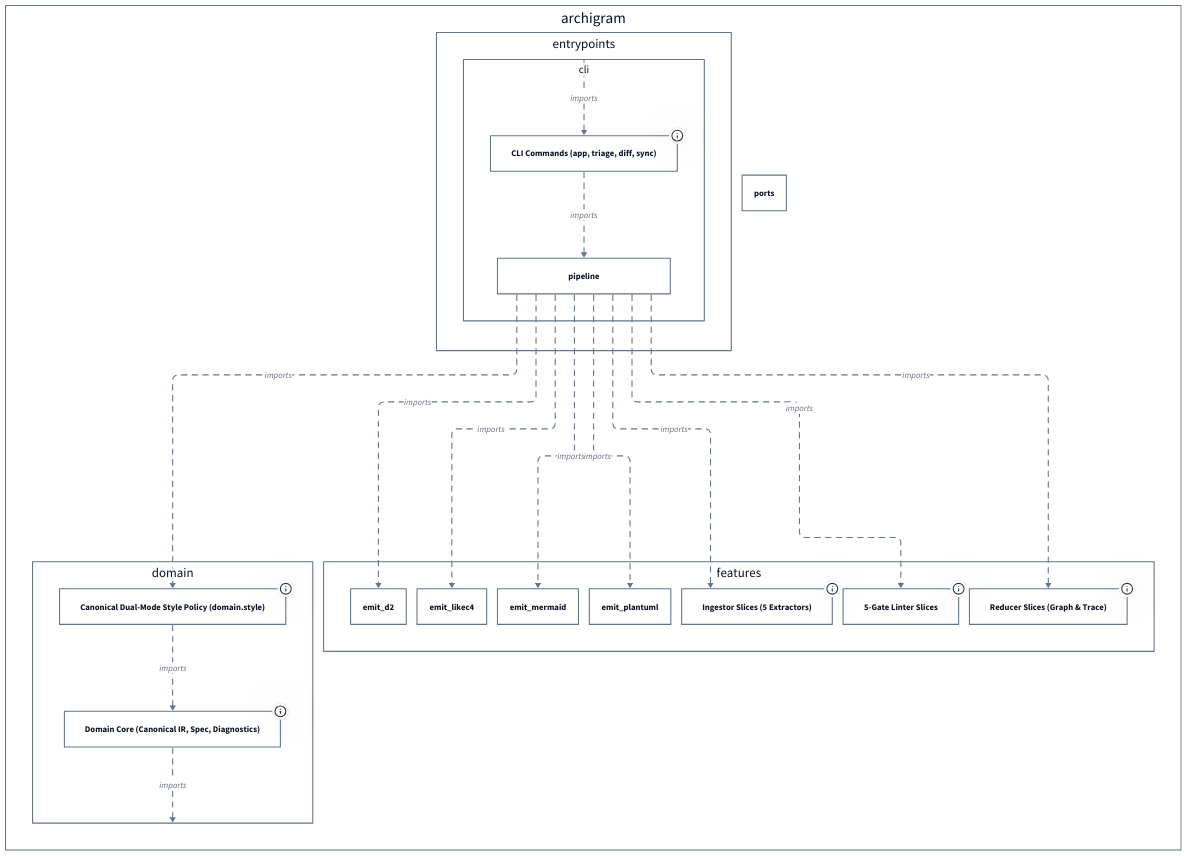
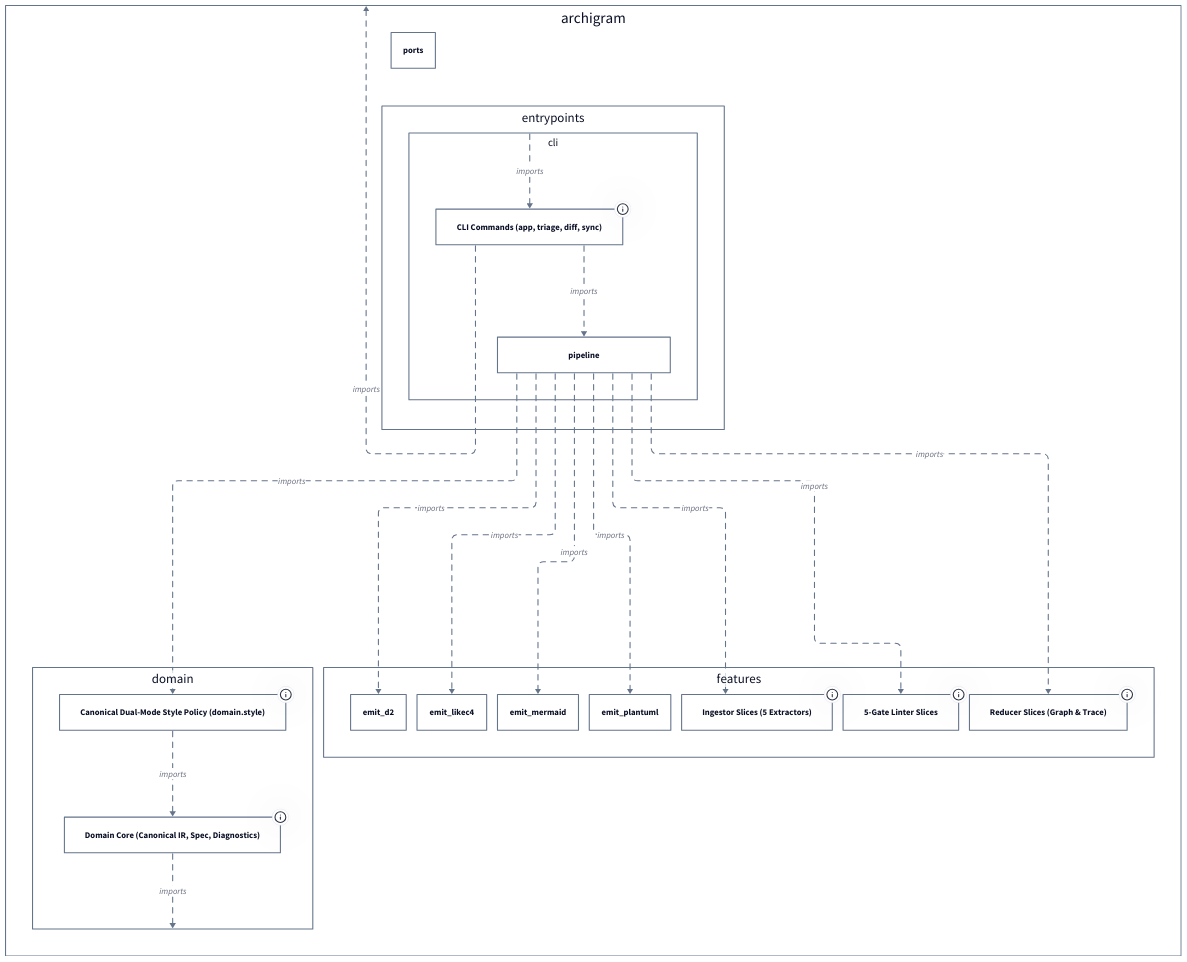
The diagram in docs/architecture/diagrams/showcase_cli_triage.3_curated.d2 (klcd/archigram), drawn with D2 before and after one commit. The commit also changed 39 other files, not shown here.

```diff
--- a/docs/architecture/diagrams/showcase_cli_triage.3_curated.d2
+++ b/docs/architecture/diagrams/showcase_cli_triage.3_curated.d2
@@ -1,132 +1,136 @@
 vars: {
   d2-config: {
     layout-engine: elk
     theme-id: 0
     dark-theme-id: 200
   }
 }
 style.fill: transparent
 
 archigram: "archigram" {
   style.fill: transparent
   style.stroke: "#64748b"
   "archigram.domain": "domain" {
     style.fill: transparent
     style.stroke: "#64748b"
     domain_core: "Domain Core (Canonical IR, Spec, Diagnostics)" {
       style.fill: transparent
       style.stroke: "#64748b"
       tooltip: "Derived via fold_domain_core (3 backing nodes: archigram.domain.diagnostics, archigram.domain.ir, archigram.domain.spec)"
     }
     domain_style: "Canonical Dual-Mode Style Policy (domain.style)" {
       style.fill: transparent
       style.stroke: "#64748b"
       tooltip: "Derived via fold_domain_style (1 backing node: archigram.domain.style)"
     }
   }
   "archigram.entrypoints": "entrypoints" {
     style.fill: transparent
     style.stroke: "#64748b"
     "archigram.entrypoints.cli": "cli" {
       style.fill: transparent
       style.stroke: "#64748b"
       "archigram.entrypoints.cli.pipeline": "pipeline" {
         style.fill: transparent
         style.stroke: "#64748b"
       }
       cli_commands: "CLI Commands (app, triage, diff, sync)" {
         style.fill: transparent
         style.stroke: "#64748b"
         tooltip: "Derived via fold_cli_callers (5 backing nodes: archigram.entrypoints.cli.app, archigram.entrypoints.cli.diff_report, archigram.entrypoints.cli.markdown_sync, archigram.entrypoints.cli.self_trace, archigram.entrypoints.cli.triage)"
       }
     }
   }
   "archigram.features": "features" {
     style.fill: transparent
     style.stroke: "#64748b"
     "archigram.features.emit_d2": "emit_d2" {
       style.fill: transparent
       style.stroke: "#64748b"
     }
     "archigram.features.emit_likec4": "emit_likec4" {
       style.fill: transparent
       style.stroke: "#64748b"
     }
     "archigram.features.emit_mermaid": "emit_mermaid" {
       style.fill: transparent
       style.stroke: "#64748b"
     }
     "archigram.features.emit_plantuml": "emit_plantuml" {
       style.fill: transparent
       style.stroke: "#64748b"
     }
     ingestor_slices: "Ingestor Slices (5 Extractors)" {
       style.fill: transparent
       style.stroke: "#64748b"
       tooltip: "Derived via fold_ingestors (5 backing nodes: archigram.features.ingest_class, archigram.features.ingest_dot, archigram.features.ingest_otel, archigram.features.ingest_python, archigram.features.ingest_scip)"
     }
     linter_slices: "5-Gate Linter Slices" {
       style.fill: transparent
       style.stroke: "#64748b"
       tooltip: "Derived via fold_linters (4 backing nodes: archigram.features.lint_budget, archigram.features.lint_grounding, archigram.features.lint_syntax, archigram.features.lint_topology)"
     }
     reducer_slices: "Reducer Slices (Graph & Trace)" {
       style.fill: transparent
       style.stroke: "#64748b"
       tooltip: "Derived via fold_reducers (2 backing nodes: archigram.features.reduce_structural, archigram.features.reduce_trace)"
     }
   }
   "archigram.ports": "ports" {
     style.fill: transparent
     style.stroke: "#64748b"
   }
 }
 
 archigram."archigram.entrypoints"."archigram.entrypoints.cli" -> archigram."archigram.entrypoints"."archigram.entrypoints.cli".cli_commands: "imports" {
   style.stroke: "#64748b"
   style.stroke-dash: 5
 }
 archigram."archigram.entrypoints"."archigram.entrypoints.cli"."archigram.entrypoints.cli.pipeline" -> archigram."archigram.features"."archigram.features.emit_d2": "imports" {
   style.stroke: "#64748b"
   style.stroke-dash: 5
 }
 archigram."archigram.entrypoints"."archigram.entrypoints.cli"."archigram.entrypoints.cli.pipeline" -> archigram."archigram.features"."archigram.features.emit_likec4": "imports" {
   style.stroke: "#64748b"
   style.stroke-dash: 5
 }
 archigram."archigram.entrypoints"."archigram.entrypoints.cli"."archigram.entrypoints.cli.pipeline" -> archigram."archigram.features"."archigram.features.emit_mermaid": "imports" {
   style.stroke: "#64748b"
   style.stroke-dash: 5
 }
 archigram."archigram.entrypoints"."archigram.entrypoints.cli"."archigram.entrypoints.cli.pipeline" -> archigram."archigram.features"."archigram.features.emit_plantuml": "imports" {
   style.stroke: "#64748b"
   style.stroke-dash: 5
 }
 archigram."archigram.entrypoints"."archigram.entrypoints.cli"."archigram.entrypoints.cli.pipeline" -> archigram."archigram.domain".domain_style: "imports" {
   style.stroke: "#64748b"
   style.stroke-dash: 5
 }
 archigram."archigram.entrypoints"."archigram.entrypoints.cli"."archigram.entrypoints.cli.pipeline" -> archigram."archigram.features".ingestor_slices: "imports" {
   style.stroke: "#64748b"
   style.stroke-dash: 5
 }
 archigram."archigram.entrypoints"."archigram.entrypoints.cli"."archigram.entrypoints.cli.pipeline" -> archigram."archigram.features".linter_slices: "imports" {
   style.stroke: "#64748b"
   style.stroke-dash: 5
 }
 archigram."archigram.entrypoints"."archigram.entrypoints.cli"."archigram.entrypoints.cli.pipeline" -> archigram."archigram.features".reducer_slices: "imports" {
   style.stroke: "#64748b"
   style.stroke-dash: 5
 }
+archigram."archigram.entrypoints"."archigram.entrypoints.cli".cli_commands -> archigram: "imports" {
+  style.stroke: "#64748b"
+  style.stroke-dash: 5
+}
 archigram."archigram.entrypoints"."archigram.entrypoints.cli".cli_commands -> archigram."archigram.entrypoints"."archigram.entrypoints.cli"."archigram.entrypoints.cli.pipeline": "imports" {
   style.stroke: "#64748b"
   style.stroke-dash: 5
 }
 archigram."archigram.domain".domain_core -> archigram."archigram.domain": "imports" {
   style.stroke: "#64748b"
   style.stroke-dash: 5
 }
 archigram."archigram.domain".domain_style -> archigram."archigram.domain".domain_core: "imports" {
   style.stroke: "#64748b"
   style.stroke-dash: 5
 }
```
